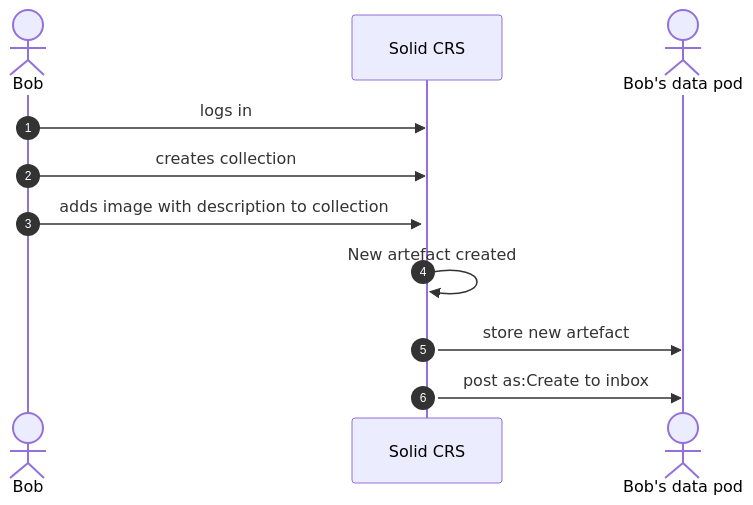
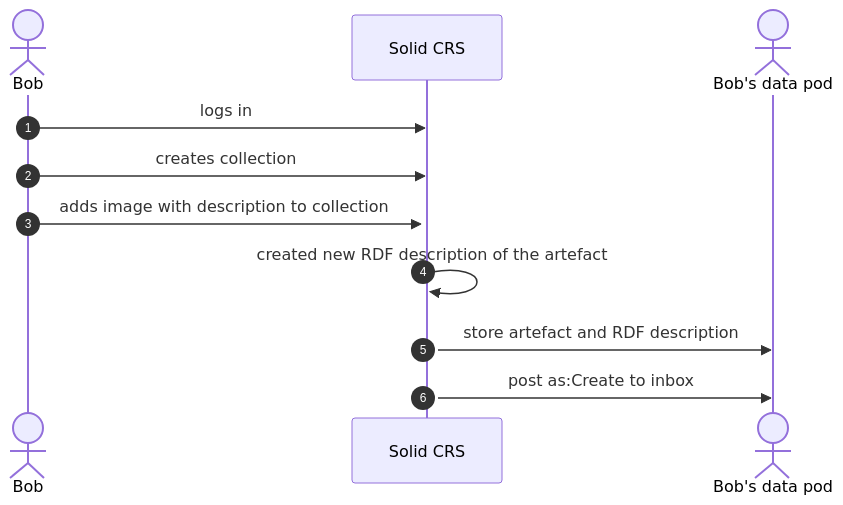
The diagram in diagrams/heritage/bob-creates-heritage-artefact.md (CRISalid-esr/spec-usecases), drawn with Mermaid before and after one commit. The commit also changed 1 other file, not shown here.

Commit message:
Add more info to diagram

````diff
--- a/diagrams/heritage/bob-creates-heritage-artefact.md
+++ b/diagrams/heritage/bob-creates-heritage-artefact.md
@@ -1,15 +1,15 @@
 ```mermaid
 sequenceDiagram
         actor Bob
         participant CRS as Solid CRS
         actor BP as Bob's data pod
 
         autonumber
         Bob ->> CRS: logs in
         Bob ->> CRS: creates collection
         Bob ->>+ CRS: adds image with description to collection
-        CRS ->> CRS: New artefact created
+        CRS ->> CRS: created new RDF description of the artefact
 
-        CRS ->> BP: store new artefact
+        CRS ->> BP: store artefact and RDF description
         CRS ->> BP: post as:Create to inbox
 ```
````
